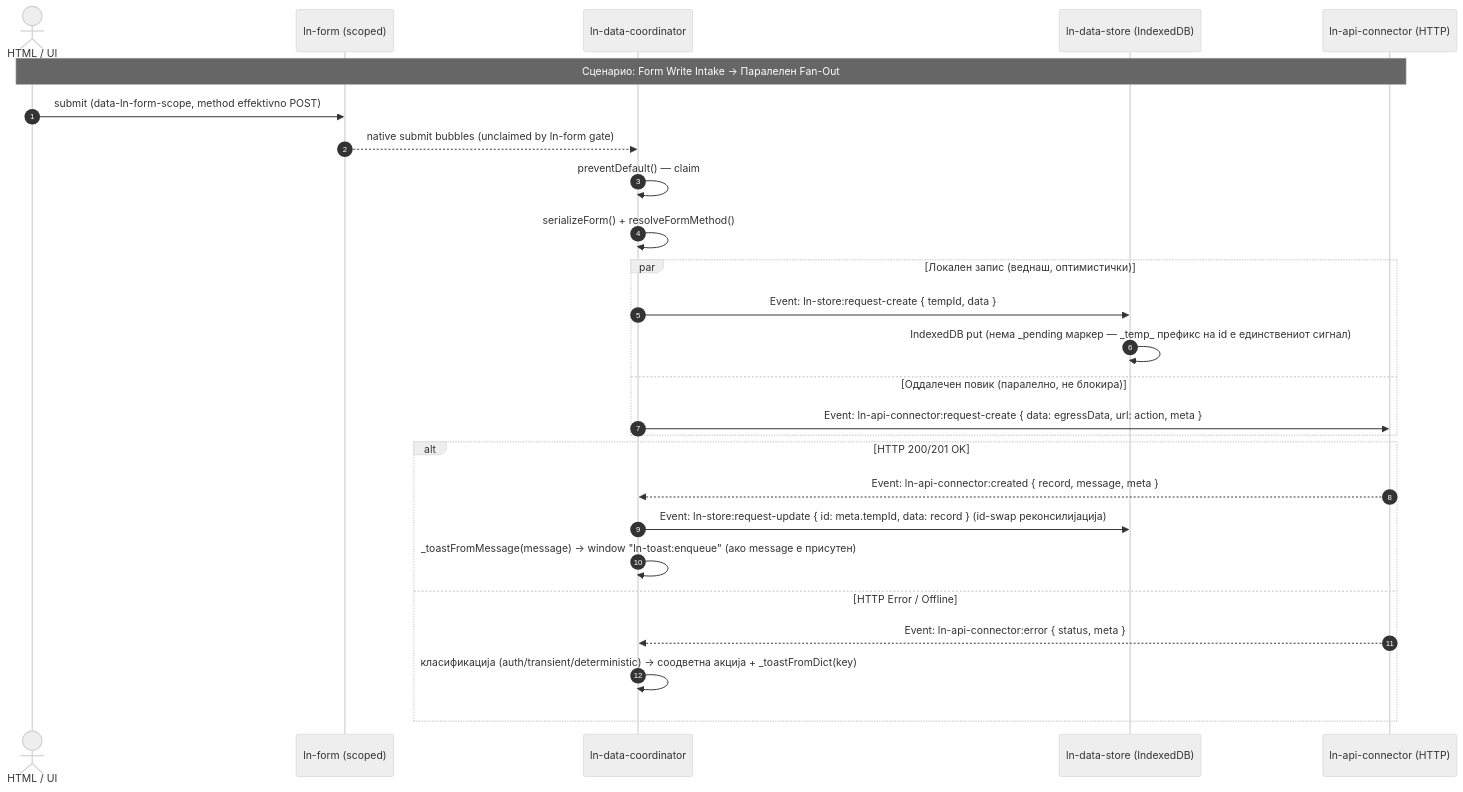
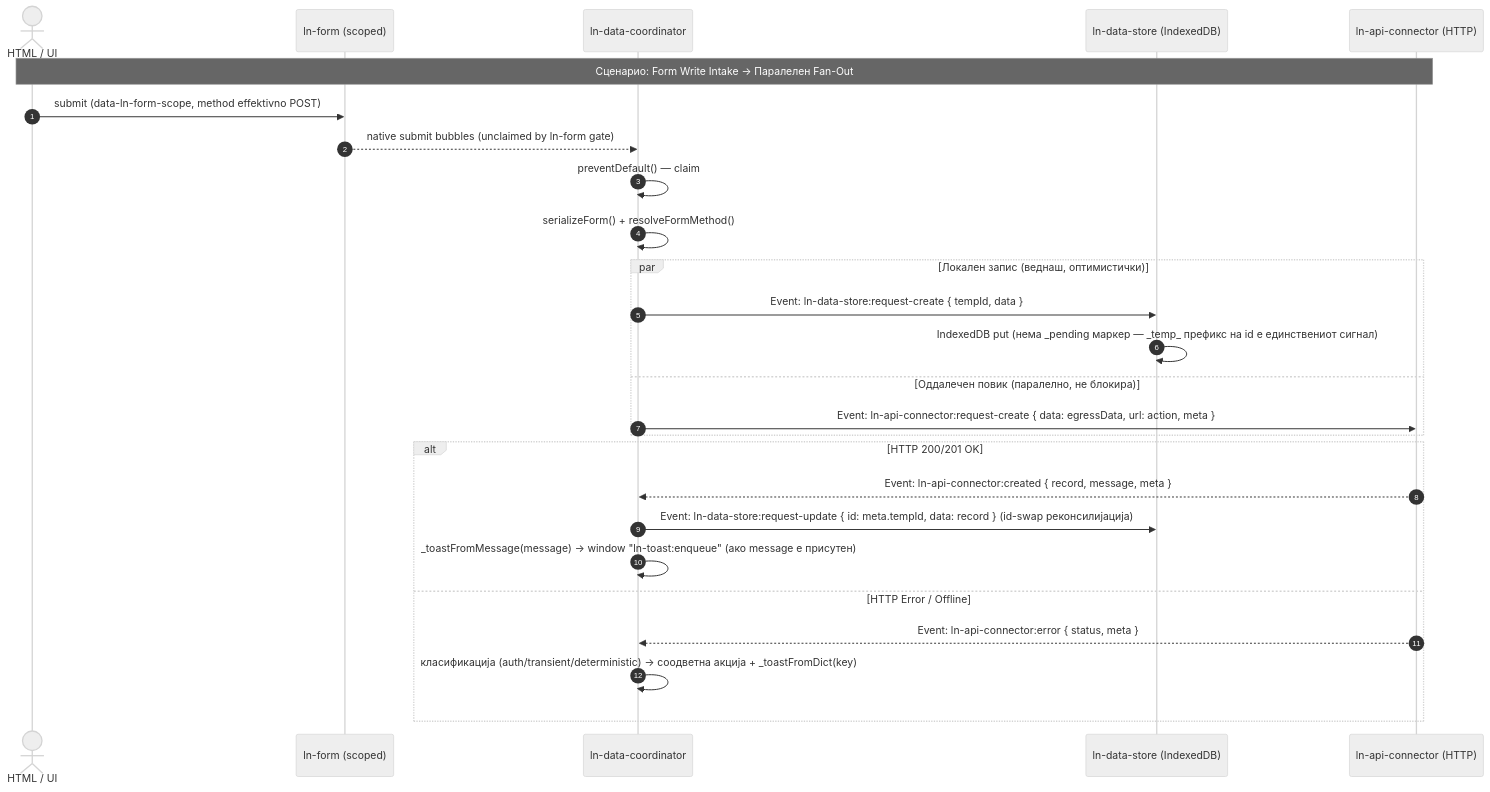
Before and after one commit to livenetworks/ln-ashlar: the diagram in architecture_docs_draft/components/ln-data-coordinator.md, drawn with Mermaid (neutral theme). The commit also changed other lines of this file and 58 other files, not shown here.

Commit message:
refactor(data-store): rename events to ln-data-store:* across components, demo, and docs

````diff
--- a/architecture_docs_draft/components/ln-data-coordinator.md
+++ b/architecture_docs_draft/components/ln-data-coordinator.md
@@ -182,29 +182,29 @@
 ```mermaid
 sequenceDiagram
     autonumber
     actor Dev as HTML / UI
     participant Form as ln-form (scoped)
     participant Coord as ln-data-coordinator
     participant Store as ln-data-store (IndexedDB)
     participant Conn as ln-api-connector (HTTP)
 
     Note over Dev, Conn: Сценарио: Form Write Intake → Паралелен Fan-Out
     Dev->>Form: submit (data-ln-form-scope, method effektivno POST)
     Form-->>Coord: native submit bubbles (unclaimed by ln-form gate)
     Coord->>Coord: preventDefault() — claim
     Coord->>Coord: serializeForm() + resolveFormMethod()
     par Локален запис (веднаш, оптимистички)
-        Coord->>Store: Event: ln-store:request-create { tempId, data }
+        Coord->>Store: Event: ln-data-store:request-create { tempId, data }
         Store->>Store: IndexedDB put (нема _pending маркер — _temp_ префикс на id е единствениот сигнал)
     and Оддалечен повик (паралелно, не блокира)
         Coord->>Conn: Event: ln-api-connector:request-create { data: egressData, url: action, meta }
     end
     alt HTTP 200/201 OK
         Conn-->>Coord: Event: ln-api-connector:created { record, message, meta }
-        Coord->>Store: Event: ln-store:request-update { id: meta.tempId, data: record } (id-swap реконсилијација)
+        Coord->>Store: Event: ln-data-store:request-update { id: meta.tempId, data: record } (id-swap реконсилијација)
         Coord->>Coord: _toastFromMessage(message) → window "ln-toast:enqueue" (ако message е присутен)
     else HTTP Error / Offline
         Conn-->>Coord: Event: ln-api-connector:error { status, meta }
         Coord->>Coord: класификација (auth/transient/deterministic) → соодветна акција + _toastFromDict(key)
     end
 ```
````
